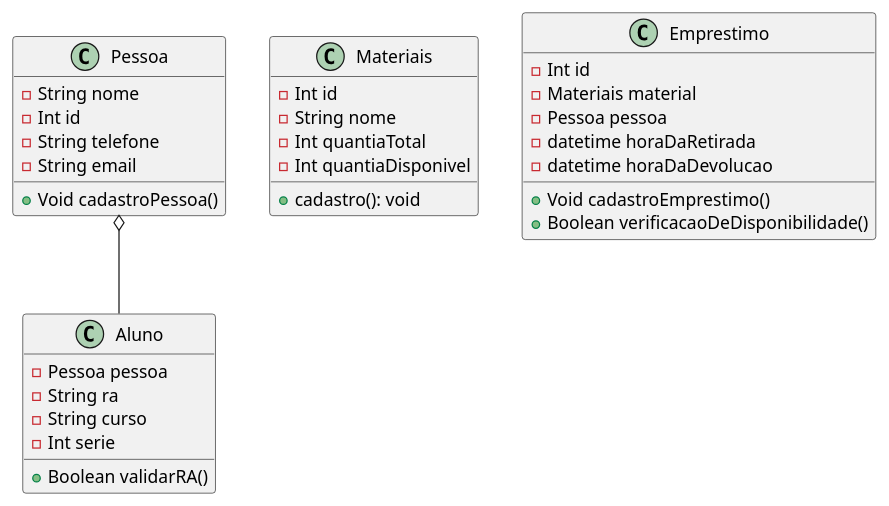
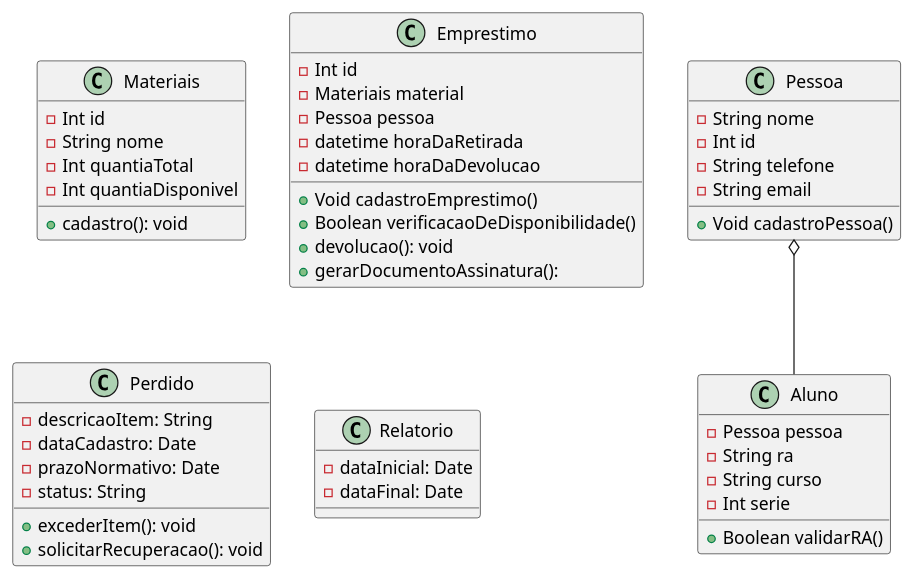
Before and after one commit to danielalvesmoura/APS-Compartilhado: the diagram in diagramaDeClasse.puml, drawn with PlantUML.

```diff
--- a/diagramaDeClasse.puml
+++ b/diagramaDeClasse.puml
@@ -1,44 +1,60 @@
 @startuml   
 
 class "Pessoa" as pes{
     -String nome
     -Int id
     -String telefone
     -String email
 
     +Void cadastroPessoa()
 }
  
 class "Aluno" as alu{
     -Pessoa pessoa
     -String ra
     -String curso
     -Int serie
 
     +Boolean validarRA()
 }
 
 class "Materiais" as mat{
     -Int id
     -String nome
     -Int quantiaTotal
     -Int quantiaDisponivel
 
     +cadastro(): void
 }
 
 class "Emprestimo" as emp{
     -Int id
     -Materiais material
     -Pessoa pessoa
     -datetime horaDaRetirada
     -datetime horaDaDevolucao
 
     +Void cadastroEmprestimo()
     +Boolean verificacaoDeDisponibilidade()
+    +devolucao(): void
+    +gerarDocumentoAssinatura(): 
+}
+
+class Perdido {
+    -descricaoItem: String
+    -dataCadastro: Date
+    -prazoNormativo: Date
+    -status: String
+    +excederItem(): void
+    +solicitarRecuperacao(): void
+}
+
+class Relatorio {
+    -dataInicial: Date
+    -dataFinal: Date
 }
 
 pes o-- alu
 
 
 @enduml
```
